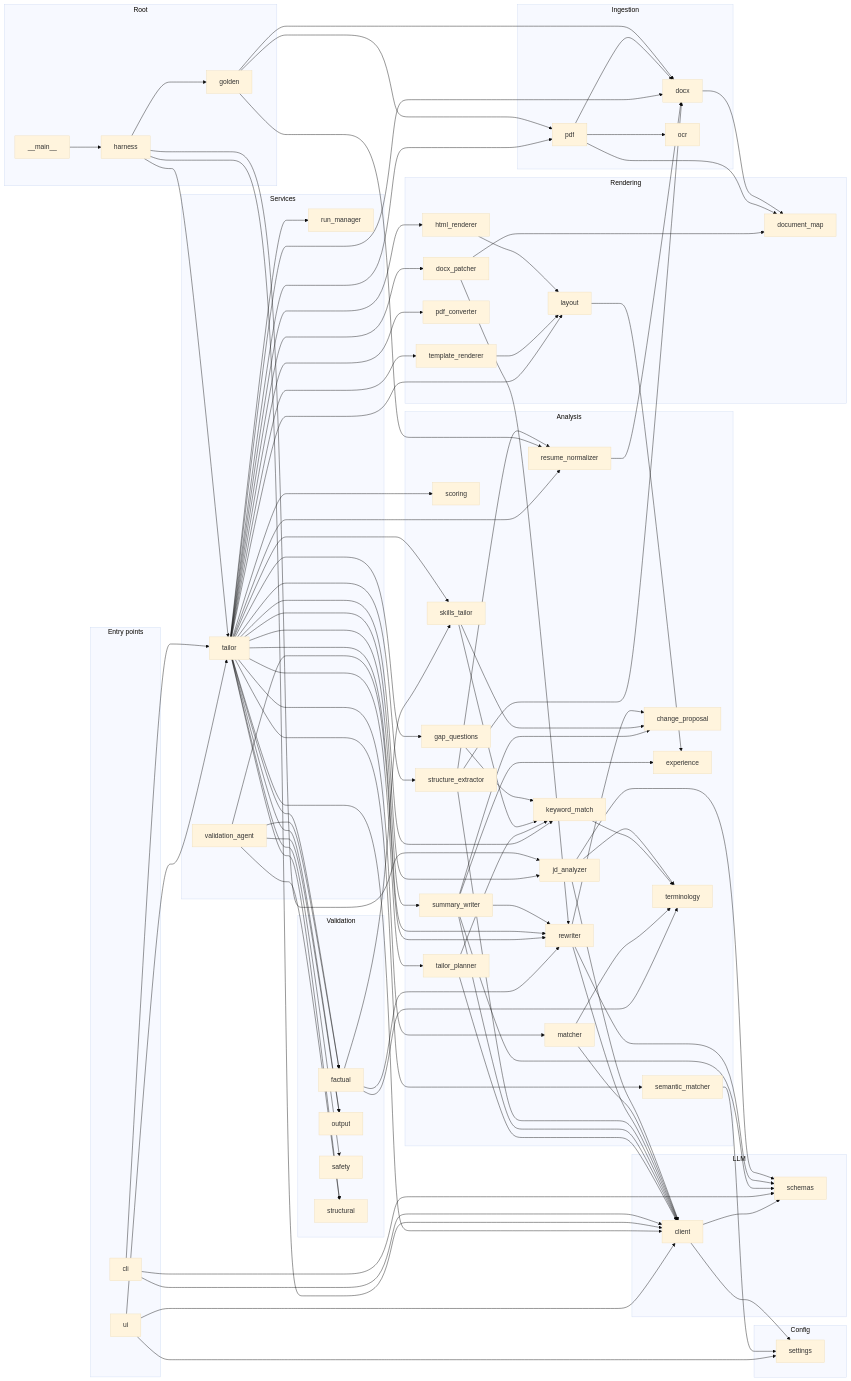
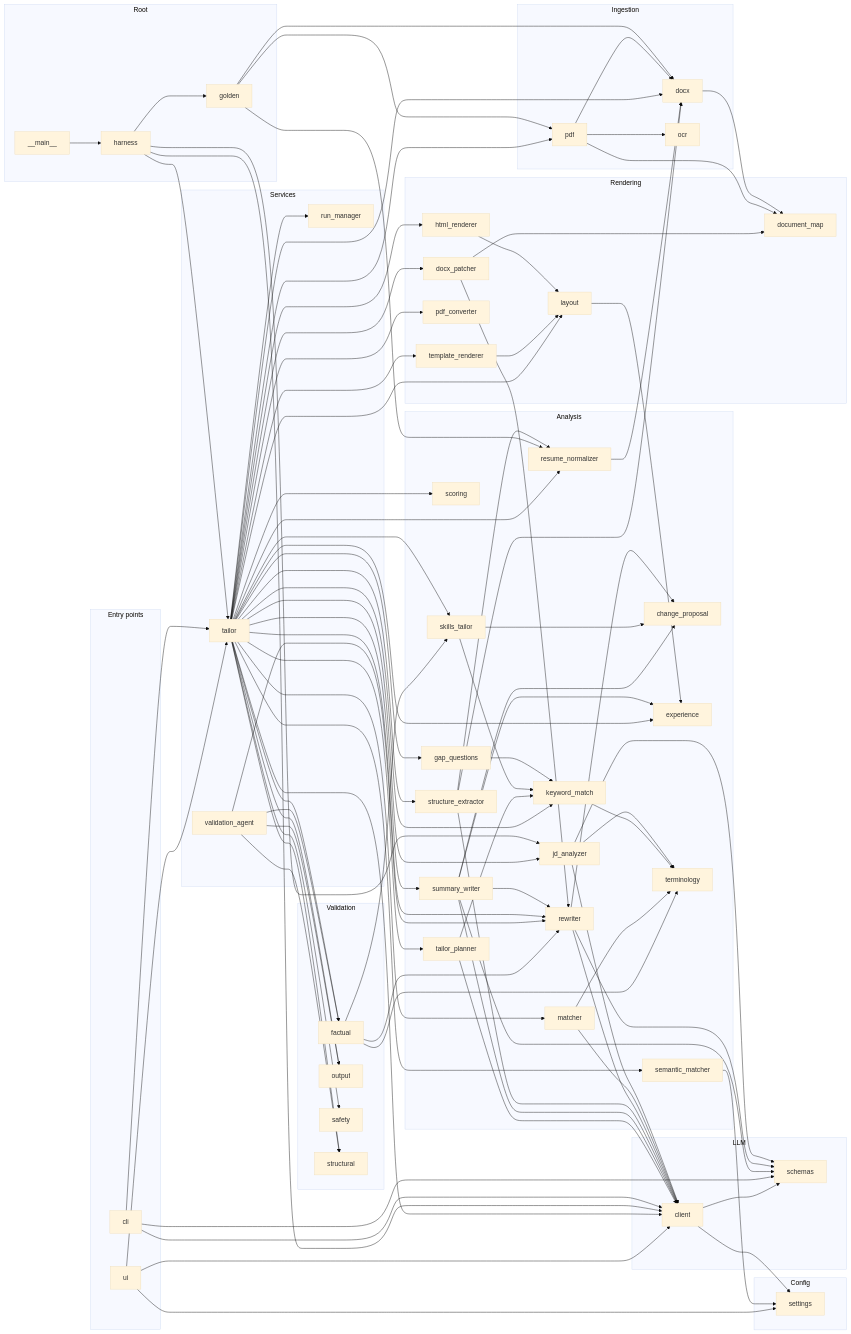
One commit to alwayss-snape/Resume-optimizer changed the diagram in docs/KNOWLEDGE_GRAPH.md. Above: the diagram before and after it, drawn with Mermaid (base theme). The commit also changed other lines of this file and 8 other files, not shown here.

```diff
--- a/docs/KNOWLEDGE_GRAPH.md
+++ b/docs/KNOWLEDGE_GRAPH.md
@@ -962,6 +964,7 @@
   rendering_html_renderer --> rendering_layout
   rendering_layout --> analysis_experience
   rendering_template_renderer --> rendering_layout
+  services_tailor --> analysis_experience
   services_tailor --> analysis_gap_questions
   services_tailor --> analysis_jd_analyzer
   services_tailor --> analysis_keyword_match
```
